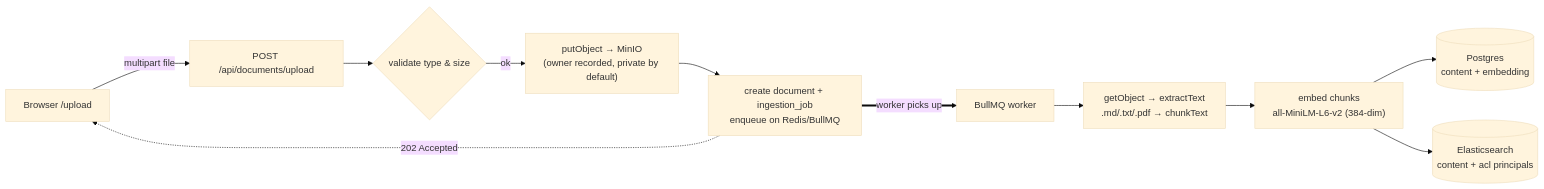
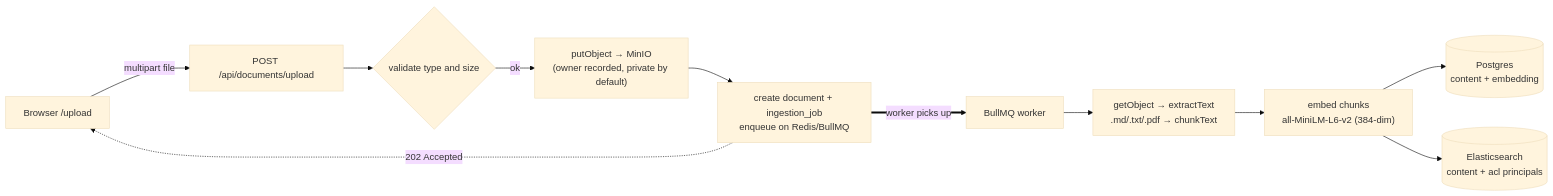
One commit to JCHETAN26/IndexFlow changed the second of 5 diagrams in README.md. Above: the diagram before and after it, drawn with Mermaid (base theme). The commit also changed other lines of this file, not shown here.

Commit message:
docs: harden mermaid syntax (brackets/ampersand/multi-target edges)

````diff
--- a/README.md
+++ b/README.md
@@ -176,13 +178,13 @@
 ```mermaid
 flowchart LR
     A["Browser /upload"] -->|multipart file| B["POST /api/documents/upload"]
-    B --> C{"validate type & size"}
+    B --> C{"validate type and size"}
     C -->|"ok"| M["putObject → MinIO<br/>(owner recorded, private by default)"]
     M --> J["create document + ingestion_job<br/>enqueue on Redis/BullMQ"]
     J -.->|202 Accepted| A
     J ==>|worker picks up| W["BullMQ worker"]
     W --> D["getObject → extractText<br/>.md/.txt/.pdf → chunkText"]
     D --> E["embed chunks<br/>all-MiniLM-L6-v2 (384-dim)"]
     E --> F[("Postgres<br/>content + embedding")]
     E --> ES[("Elasticsearch<br/>content + acl principals")]
 ```
````
